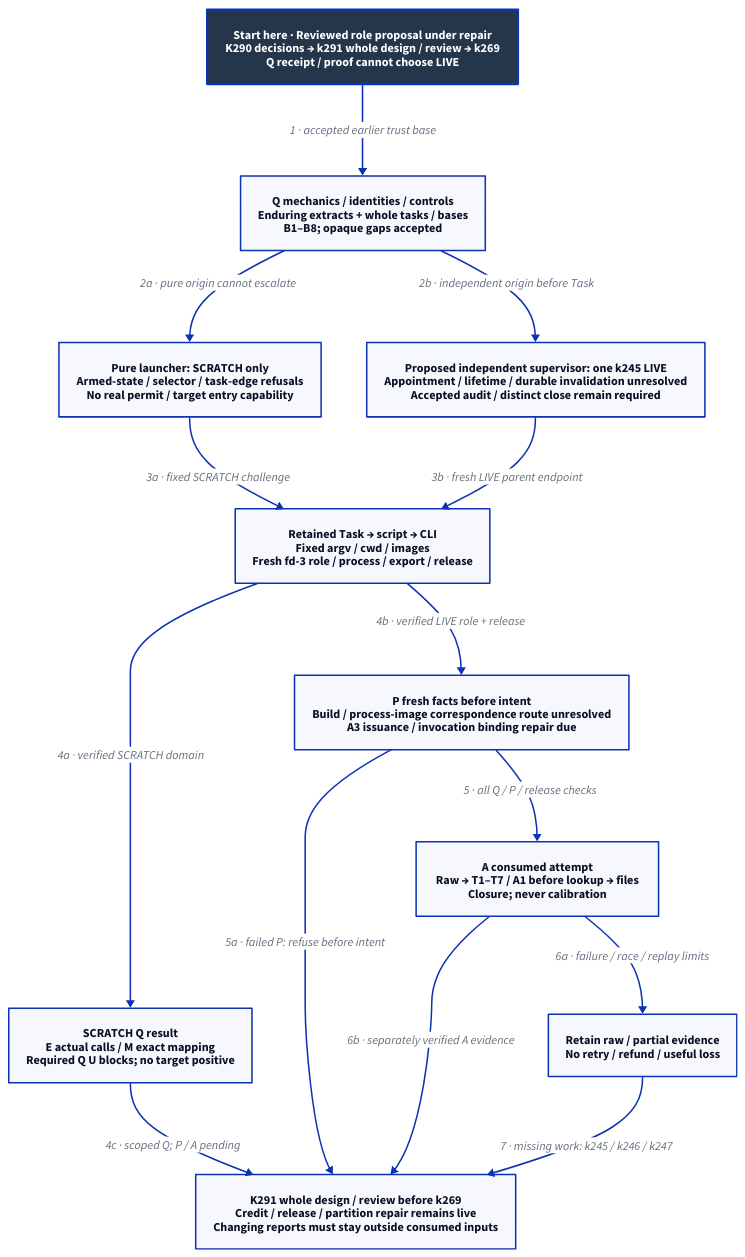
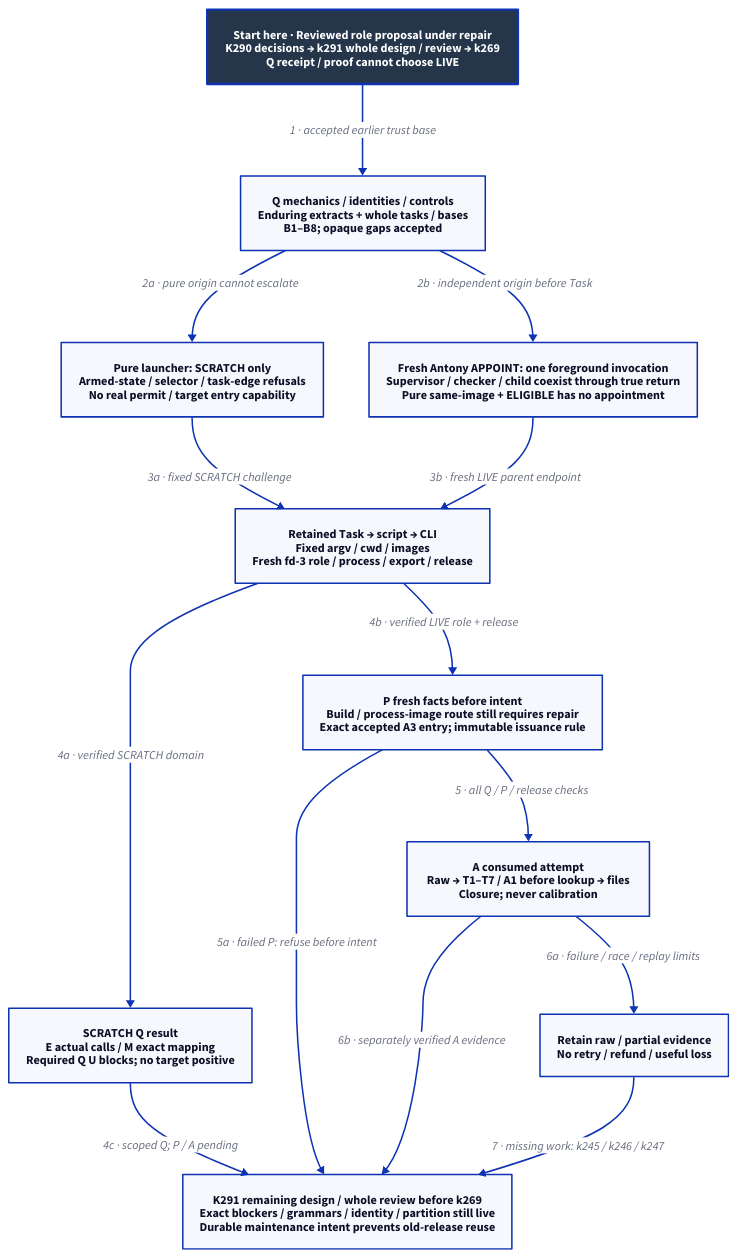
Before and after one commit to Linkuistics/Koine: the diagram in docs/design/architecture/native-reference-packaging.d2, drawn with D2. The commit also changed 20 other files, not shown here.

Commit message:
Design foreground admission (reference-evidence-foreground-admission-k292)

```diff
--- a/docs/design/architecture/native-reference-packaging.d2
+++ b/docs/design/architecture/native-reference-packaging.d2
@@ -1,28 +1,28 @@
 # Proposed staged credit; no artifact, release or operation is qualified.
 direction: down
 classes: {
   start: {style: {fill: "#25364B"; font-color: "#FFFFFF"; bold: true; stroke-width: 3}}
 }
 Start: "Start here · Reviewed role proposal under repair\nK290 decisions → k291 whole design / review → k269\nQ receipt / proof cannot choose LIVE" {class: start}
 Ready: "Q mechanics / identities / controls\nEnduring extracts + whole tasks / bases\nB1–B8; opaque gaps accepted"
 Task: "Retained Task → script → CLI\nFixed argv / cwd / images\nFresh fd-3 role / process / export / release"
 Scratch: "Pure launcher: SCRATCH only\nArmed-state / selector / task-edge refusals\nNo real permit / target entry capability"
-Live: "Proposed independent supervisor: one k245 LIVE\nAppointment / lifetime / durable invalidation unresolved\nAccepted audit / distinct close remain required"
+Live: "Fresh Antony APPOINT: one foreground invocation\nSupervisor / checker / child coexist through true return\nPure same-image + ELIGIBLE has no appointment"
 Proof: "SCRATCH Q result\nE actual calls / M exact mapping\nRequired Q U blocks; no target positive"
-Preflight: "P fresh facts before intent\nBuild / process-image correspondence route unresolved\nA3 issuance / invocation binding repair due"
+Preflight: "P fresh facts before intent\nBuild / process-image route still requires repair\nExact accepted A3 entry; immutable issuance rule"
 Attempt: "A consumed attempt\nRaw → T1–T7 / A1 before lookup → files\nClosure; never calibration"
 Failure: "Retain raw / partial evidence\nNo retry / refund / useful loss"
-Final: "K291 whole design / review before k269\nCredit / release / partition repair remains live\nChanging reports must stay outside consumed inputs"
+Final: "K291 remaining design / whole review before k269\nExact blockers / grammars / identity / partition still live\nDurable maintenance intent prevents old-release reuse"
 Start -> Ready: "1 · accepted earlier trust base"
 Ready -> Scratch: "2a · pure origin cannot escalate"
 Ready -> Live: "2b · independent origin before Task"
 Scratch -> Task: "3a · fixed SCRATCH challenge"
 Live -> Task: "3b · fresh LIVE parent endpoint"
 Task -> Proof: "4a · verified SCRATCH domain"
 Proof -> Final: "4c · scoped Q; P / A pending"
 Task -> Preflight: "4b · verified LIVE role + release"
 Preflight -> Attempt: "5 · all Q / P / release checks"
 Preflight -> Final: "5a · failed P: refuse before intent"
 Attempt -> Failure: "6a · failure / race / replay limits"
 Attempt -> Final: "6b · separately verified A evidence"
 Failure -> Final: "7 · missing work: k245 / k246 / k247"
```
